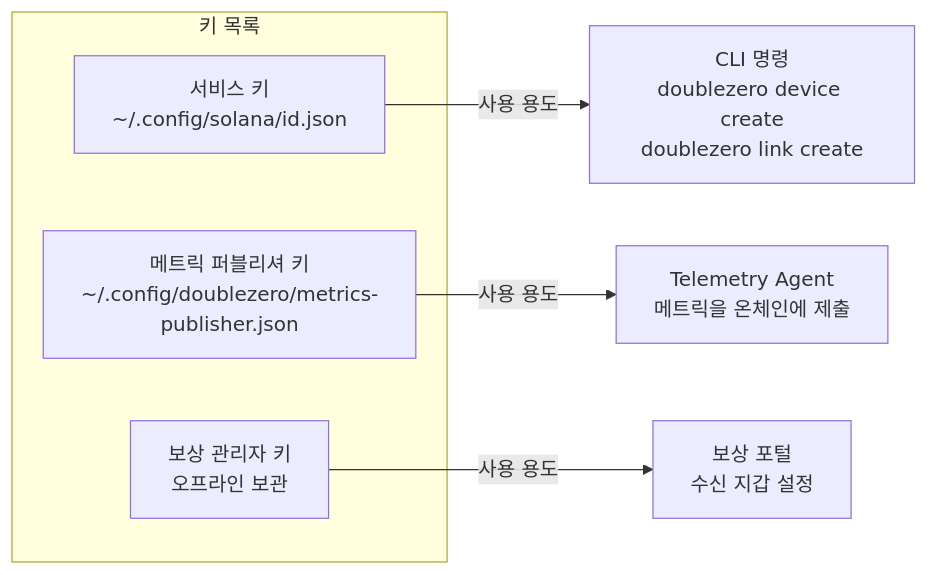
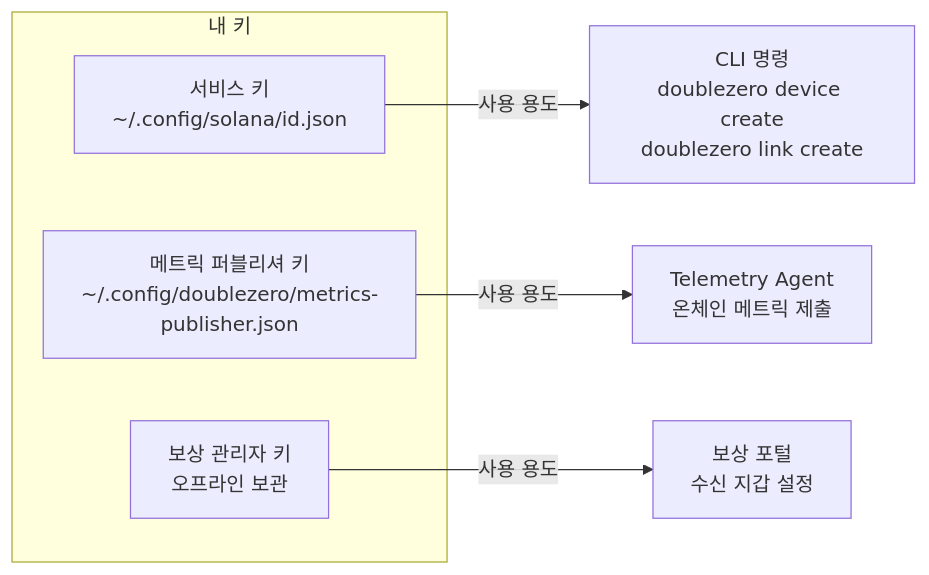
The fourth of 7 diagrams in docs/contribute-provisioning.ko.md (malbeclabs/docs), drawn with Mermaid before and after one commit. The commit also changed other lines of this file and 27 other files, not shown here.

````diff
--- a/docs/contribute-provisioning.ko.md
+++ b/docs/contribute-provisioning.ko.md
@@ -208,12 +208,12 @@
 ```mermaid
 flowchart LR
-    subgraph "키 목록"
+    subgraph "내 키"
         SK[서비스 키<br/>~/.config/solana/id.json]
         MK[메트릭 퍼블리셔 키<br/>~/.config/doublezero/metrics-publisher.json]
         RK[보상 관리자 키<br/>오프라인 보관]
     end
 
     SK -->|사용 용도| CLI[CLI 명령<br/>doublezero device create<br/>doublezero link create]
-    MK -->|사용 용도| TEL[Telemetry Agent<br/>메트릭을 온체인에 제출]
+    MK -->|사용 용도| TEL[Telemetry Agent<br/>온체인 메트릭 제출]
     RK -->|사용 용도| REW[보상 포털<br/>수신 지갑 설정]
 ```
````
